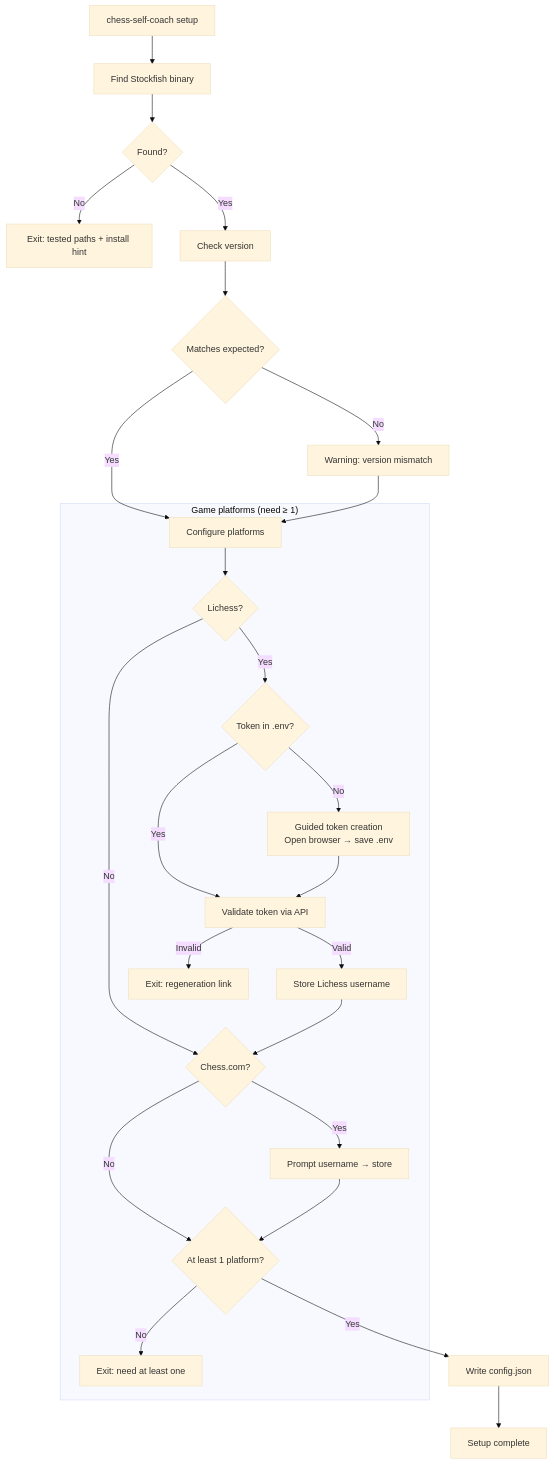
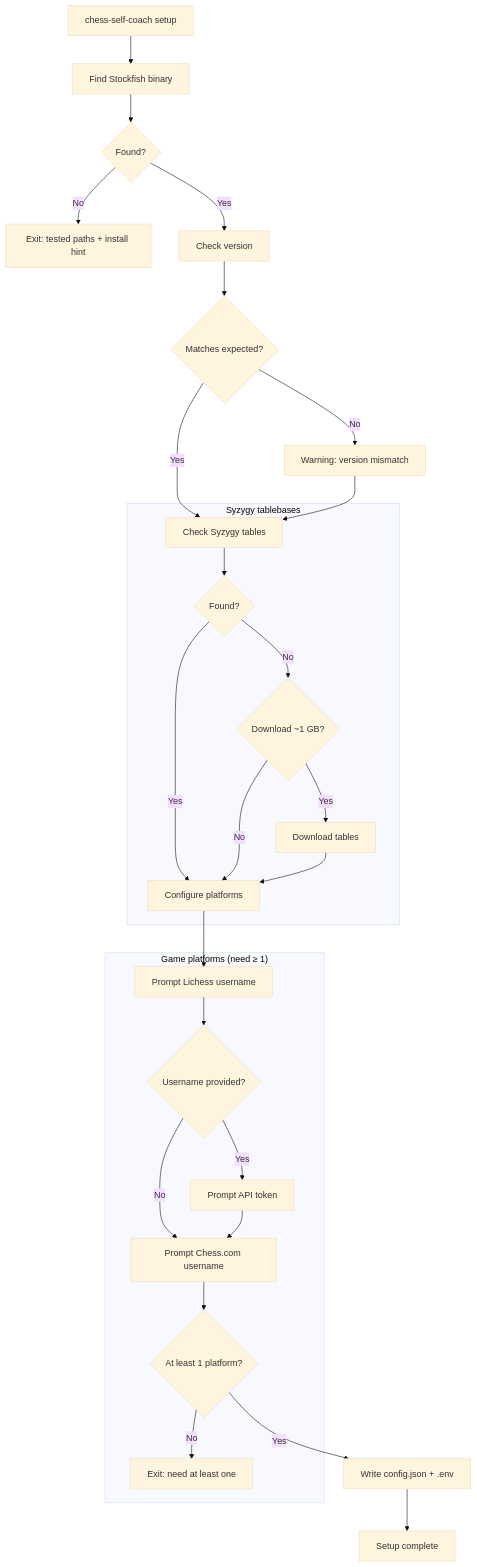
One commit to Bobain/chess-opening-prep changed the fourth of 5 diagrams in docs/flows/user-flows.md. Above: the diagram before and after it, drawn with Mermaid (base theme). The commit also changed other lines of this file and 7 other files, not shown here.

````diff
--- a/docs/flows/user-flows.md
+++ b/docs/flows/user-flows.md
@@ -174,35 +174,37 @@
 ```mermaid
 flowchart TD
     START[chess-self-coach setup] --> SF_FIND[Find Stockfish binary]
     SF_FIND --> SF_CHECK{Found?}
     SF_CHECK -->|No| SF_ERR[Exit: tested paths + install hint]
     SF_CHECK -->|Yes| SF_VER[Check version]
     SF_VER --> SF_WARN{Matches expected?}
     SF_WARN -->|No| WARN[Warning: version mismatch]
-    SF_WARN -->|Yes| PLAT
-    WARN --> PLAT
+    SF_WARN -->|Yes| SYZ
+    WARN --> SYZ
+
+    subgraph "Syzygy tablebases"
+        SYZ[Check Syzygy tables]
+        SYZ --> SYZ_FOUND{Found?}
+        SYZ_FOUND -->|Yes| PLAT
+        SYZ_FOUND -->|No| SYZ_DL{Download ~1 GB?}
+        SYZ_DL -->|Yes| SYZ_OK[Download tables]
+        SYZ_DL -->|No| PLAT
+        SYZ_OK --> PLAT
+    end
 
     subgraph "Game platforms (need ≥ 1)"
         PLAT[Configure platforms]
-        PLAT --> LI{Lichess?}
-        LI -->|Yes| LI_TOK{Token in .env?}
-        LI_TOK -->|Yes| LI_VAL[Validate token via API]
-        LI_TOK -->|No| LI_GUIDE[Guided token creation<br/>Open browser → save .env]
-        LI_GUIDE --> LI_VAL
-        LI_VAL -->|Valid| LI_OK[Store Lichess username]
-        LI_VAL -->|Invalid| LI_REGEN[Exit: regeneration link]
-        LI -->|No| CC
-        LI_OK --> CC
+        PLAT --> LI_USER[Prompt Lichess username]
+        LI_USER --> LI_HAS{Username provided?}
+        LI_HAS -->|Yes| LI_TOK[Prompt API token]
+        LI_HAS -->|No| CC
+        LI_TOK --> CC
 
-        CC{Chess.com?}
-        CC -->|Yes| CC_USER[Prompt username → store]
-        CC -->|No| PLAT_CHECK
-        CC_USER --> PLAT_CHECK
-
-        PLAT_CHECK{At least 1 platform?}
+        CC[Prompt Chess.com username]
+        CC --> PLAT_CHECK{At least 1 platform?}
         PLAT_CHECK -->|No| PLAT_ERR[Exit: need at least one]
     end
 
-    PLAT_CHECK -->|Yes| SAVE[Write config.json]
+    PLAT_CHECK -->|Yes| SAVE[Write config.json + .env]
     SAVE --> DONE[Setup complete]
 ```
````
